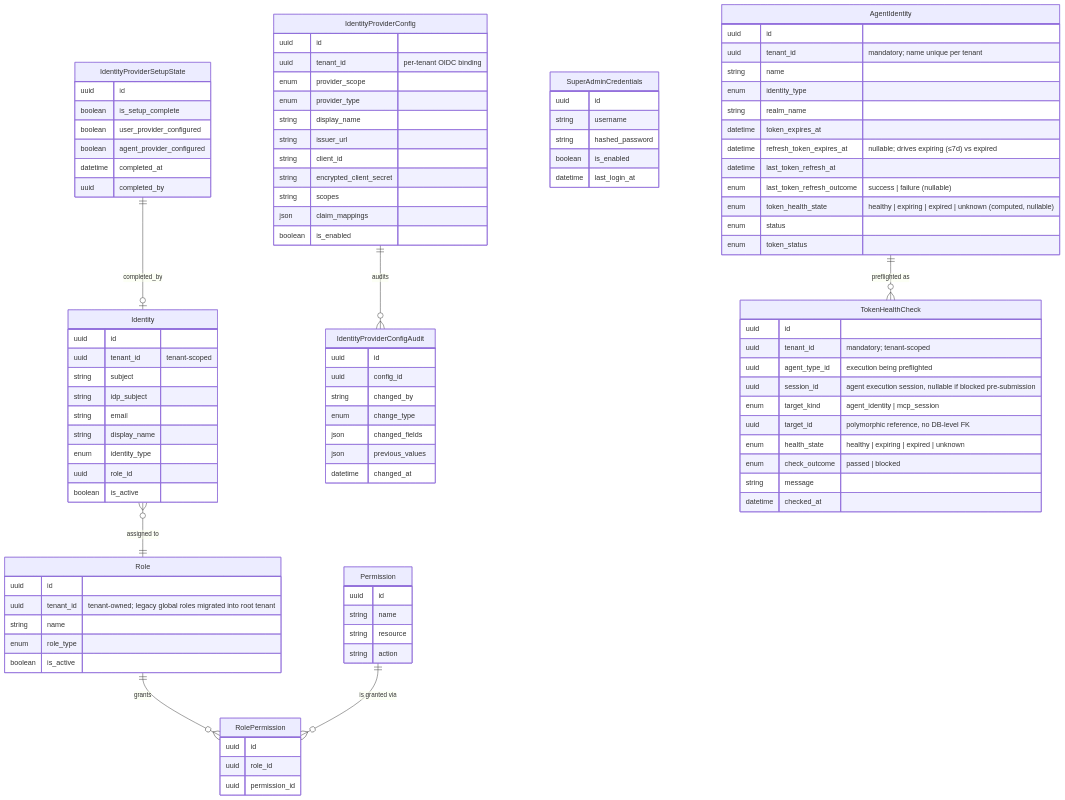
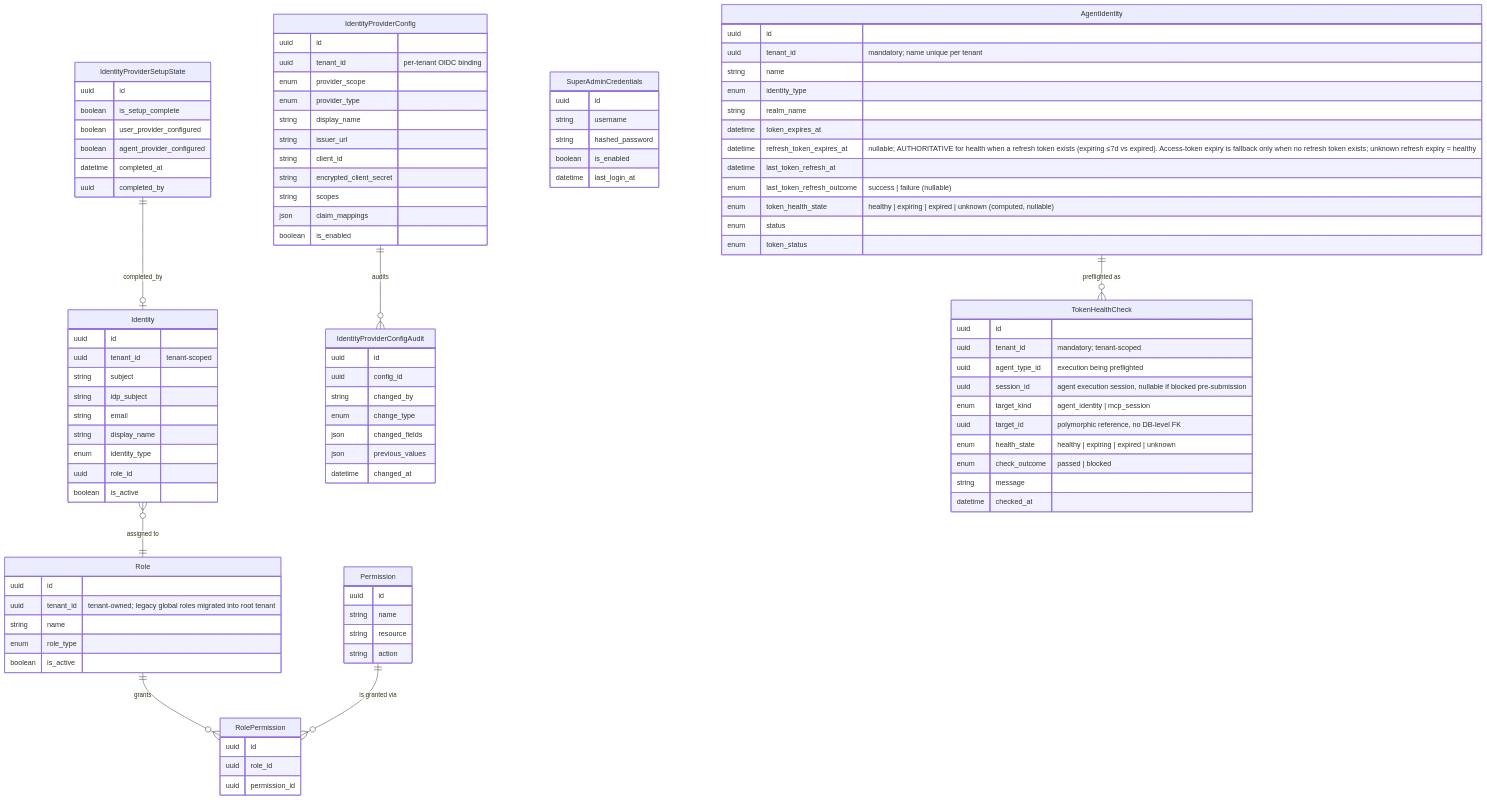
One commit to hurungang/parthenon changed the first of 2 diagrams in docs/master/data-model/modules/identity/entities.md. Above: the diagram before and after it, drawn with Mermaid. The commit also changed 317 other files, not shown here.

```diff
--- a/docs/master/data-model/modules/identity/entities.md
+++ b/docs/master/data-model/modules/identity/entities.md
@@ -75,7 +75,7 @@
         enum identity_type
         string realm_name
         datetime token_expires_at
-        datetime refresh_token_expires_at "nullable; drives expiring (≤7d) vs expired"
+        datetime refresh_token_expires_at "nullable; AUTHORITATIVE for health when a refresh token exists (expiring ≤7d vs expired). Access-token expiry is fallback only when no refresh token exists; unknown refresh expiry = healthy"
         datetime last_token_refresh_at
         enum last_token_refresh_outcome "success | failure (nullable)"
         enum token_health_state "healthy | expiring | expired | unknown (computed, nullable)"
```
